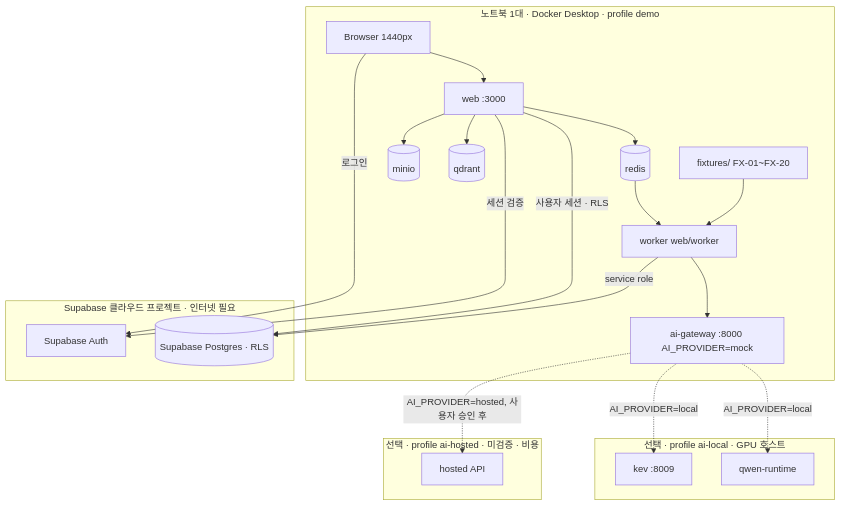
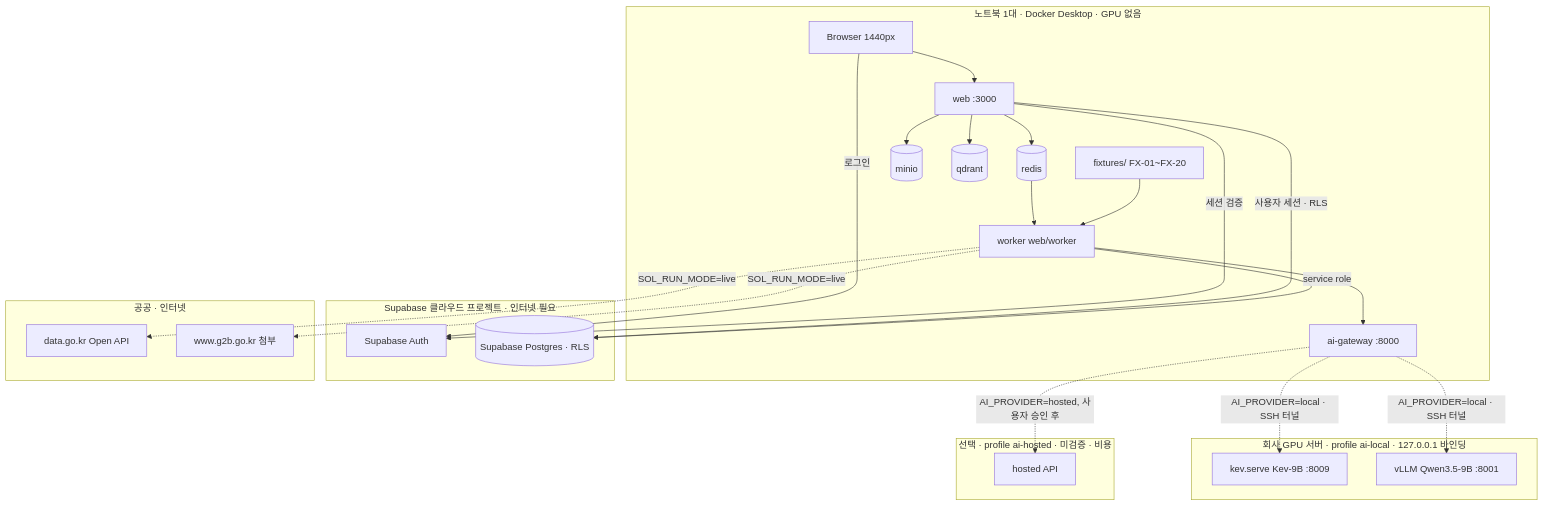
One commit to solideoai/sol-radar changed the third of 3 diagrams in docs/02-ARCHITECTURE.md. Above: the diagram before and after it, drawn with Mermaid. The commit also changed other lines of this file and 21 other files, not shown here.

````diff
--- a/docs/02-ARCHITECTURE.md
+++ b/docs/02-ARCHITECTURE.md
@@ -116,30 +122,36 @@
 ```mermaid
 flowchart TB
- subgraph laptop[노트북 1대 · Docker Desktop · profile demo]
+ subgraph laptop[노트북 1대 · Docker Desktop · GPU 없음]
   B["Browser 1440px"] --> W["web :3000"]
   W --> R[("redis")]
   W --> MIN[("minio")]
   W --> QD[("qdrant")]
   R --> WK["worker web/worker"]
-  WK --> AI["ai-gateway :8000 AI_PROVIDER=mock"]
+  WK --> AI["ai-gateway :8000"]
   FX["fixtures/ FX-01~FX-20"] --> WK
  end
  subgraph cloud[Supabase 클라우드 프로젝트 · 인터넷 필요]
   SA["Supabase Auth"]
   PG[("Supabase Postgres · RLS")]
  end
- subgraph local[선택 · profile ai-local · GPU 호스트]
-  KEV["kev :8009"]
-  QW["qwen-runtime"]
+ subgraph public[공공 · 인터넷]
+  G2B["data.go.kr Open API"]
+  ATT["www.g2b.go.kr 첨부"]
+ end
+ subgraph gpu[회사 GPU 서버 · profile ai-local · 127.0.0.1 바인딩]
+  KEV["kev.serve Kev-9B :8009"]
+  QW["vLLM Qwen3.5-9B :8001"]
  end
  subgraph hosted[선택 · profile ai-hosted · 미검증 · 비용]
   OR["hosted API"]
  end
  B -- 로그인 --> SA
  W -- 세션 검증 --> SA
  W -- 사용자 세션 · RLS --> PG
  WK -- service role --> PG
- AI -. AI_PROVIDER=local .-> KEV
- AI -. AI_PROVIDER=local .-> QW
+ WK -. SOL_RUN_MODE=live .-> G2B
+ WK -. SOL_RUN_MODE=live .-> ATT
+ AI -. AI_PROVIDER=local · SSH 터널 .-> KEV
+ AI -. AI_PROVIDER=local · SSH 터널 .-> QW
  AI -. AI_PROVIDER=hosted, 사용자 승인 후 .-> OR
 ```
````
